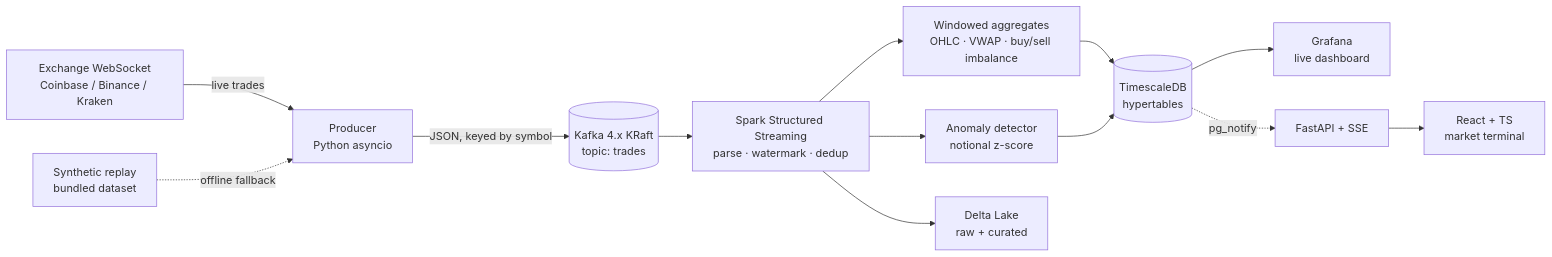
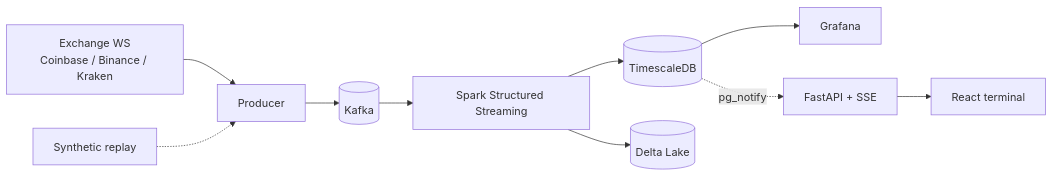
One commit to PetsEye/tickstream changed the diagram in README.md. Above: the diagram before and after it, drawn with Mermaid. The commit also changed other lines of this file, not shown here.

````diff
--- a/README.md
+++ b/README.md
@@ -19,15 +14,11 @@
 ```mermaid
 flowchart LR
-    EX[Exchange WebSocket<br/>Coinbase / Binance / Kraken] -->|live trades| P[Producer<br/>Python asyncio]
-    SYN[Synthetic replay<br/>bundled dataset] -.offline fallback.-> P
-    P -->|JSON, keyed by symbol| K[(Kafka 4.x KRaft<br/>topic: trades)]
-    K --> S[Spark Structured Streaming<br/>parse · watermark · dedup]
-    S --> AGG[Windowed aggregates<br/>OHLC · VWAP · buy/sell imbalance]
-    S --> ANO[Anomaly detector<br/>notional z-score]
-    AGG --> TS[(TimescaleDB<br/>hypertables)]
-    ANO --> TS
-    S --> DL[Delta Lake<br/>raw + curated]
-    TS --> G[Grafana<br/>live dashboard]
-    TS -.pg_notify.-> API[FastAPI + SSE]
-    API --> W[React + TS<br/>market terminal]
+    EX[Exchange WS<br/>Coinbase / Binance / Kraken] --> P[Producer]
+    SYN[Synthetic replay] -.-> P
+    P --> K[(Kafka)]
+    K --> S[Spark Structured Streaming]
+    S --> TS[(TimescaleDB)]
+    S --> DL[(Delta Lake)]
+    TS --> G[Grafana]
+    TS -. pg_notify .-> API[FastAPI + SSE] --> W[React terminal]
 ```
````
